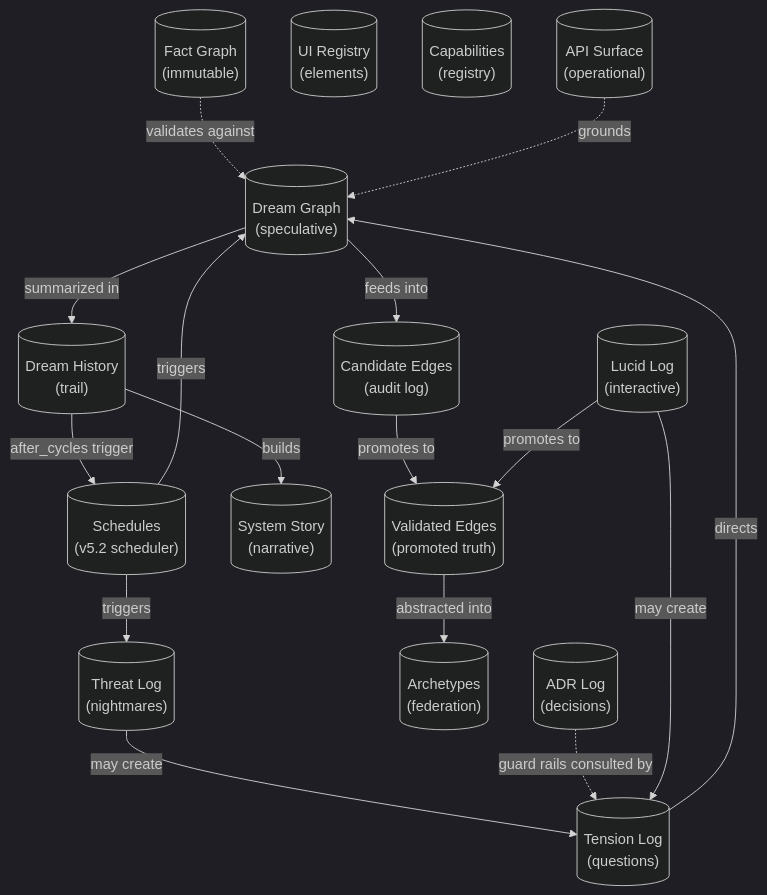
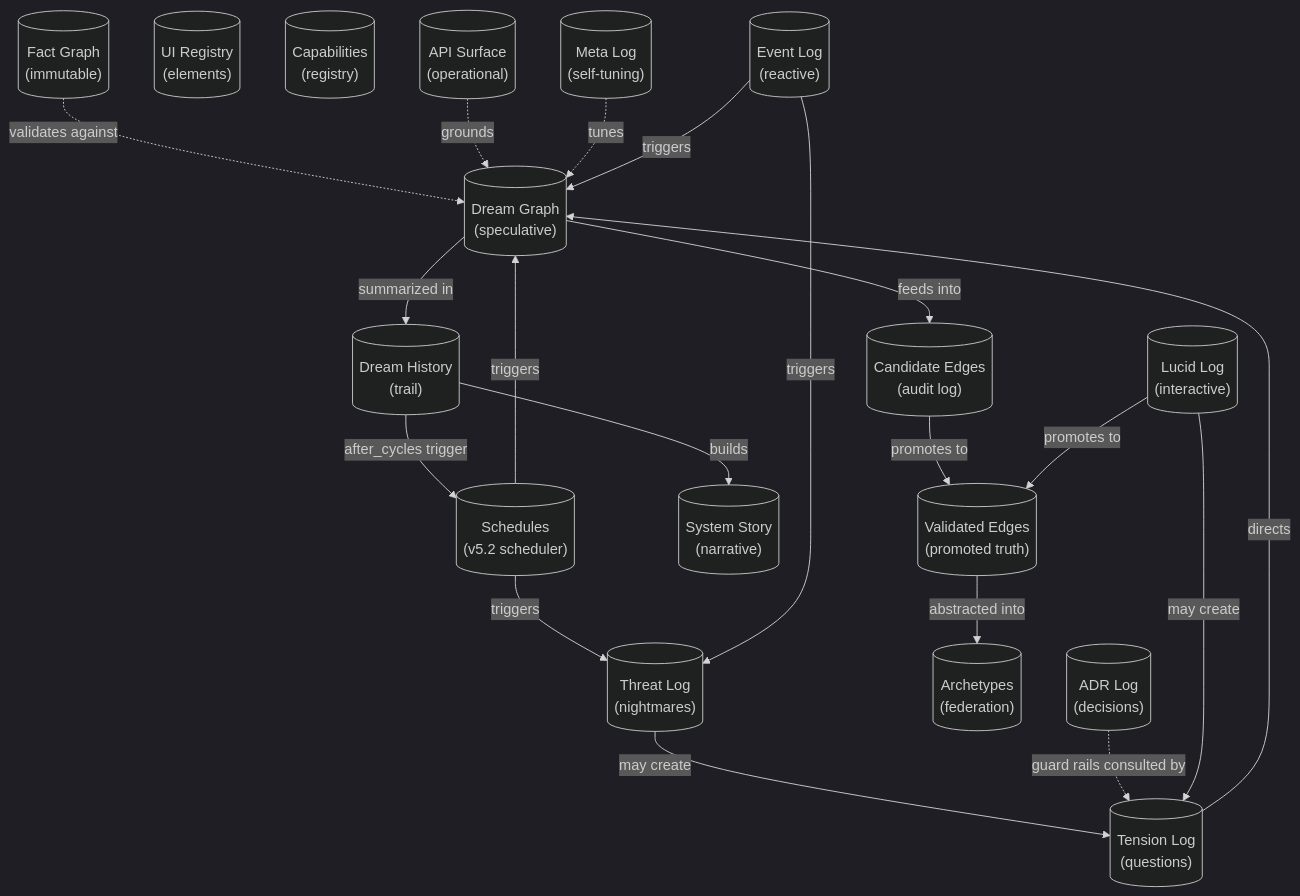
One commit to mmethodz/dreamgraph changed the diagram in docs/data-model.md. Above: the diagram before and after it, drawn with Mermaid (dark theme). The commit also changed other lines of this file and 26 other files, not shown here.

````diff
--- a/docs/data-model.md
+++ b/docs/data-model.md
@@ -9,34 +9,39 @@
 ```mermaid
 graph TB
     FG[("Fact Graph<br/>(immutable)")]
     DG[("Dream Graph<br/>(speculative)")]
     CE[("Candidate Edges<br/>(audit log)")]
     VE[("Validated Edges<br/>(promoted truth)")]
     TL[("Tension Log<br/>(questions)")]
     DH[("Dream History<br/>(trail)")]
     TH[("Threat Log<br/>(nightmares)")]
     AR[("Archetypes<br/>(federation)")]
     ADR[("ADR Log<br/>(decisions)")]
     UI[("UI Registry<br/>(elements)")]
     ST[("System Story<br/>(narrative)")]
     CAP[("Capabilities<br/>(registry)")]
     SCH[("Schedules<br/>(v5.2 scheduler)")]
     LL[("Lucid Log<br/>(interactive)")]
     API[("API Surface<br/>(operational)")]
+    ML[("Meta Log<br/>(self-tuning)")]
+    EL[("Event Log<br/>(reactive)")]
 
     FG -.->|validates against| DG
     DG -->|feeds into| CE
     CE -->|promotes to| VE
     VE -->|abstracted into| AR
     DG -->|summarized in| DH
     DH -->|builds| ST
     TL -->|directs| DG
     TH -->|may create| TL
     ADR -.->|guard rails consulted by| TL
     SCH -->|triggers| DG
     SCH -->|triggers| TH
     DH -->|after_cycles trigger| SCH
     LL -->|promotes to| VE
     LL -->|may create| TL
     API -.->|grounds| DG
+    ML -.->|tunes| DG
+    EL -->|triggers| DG
+    EL -->|triggers| TH
 ```
````
